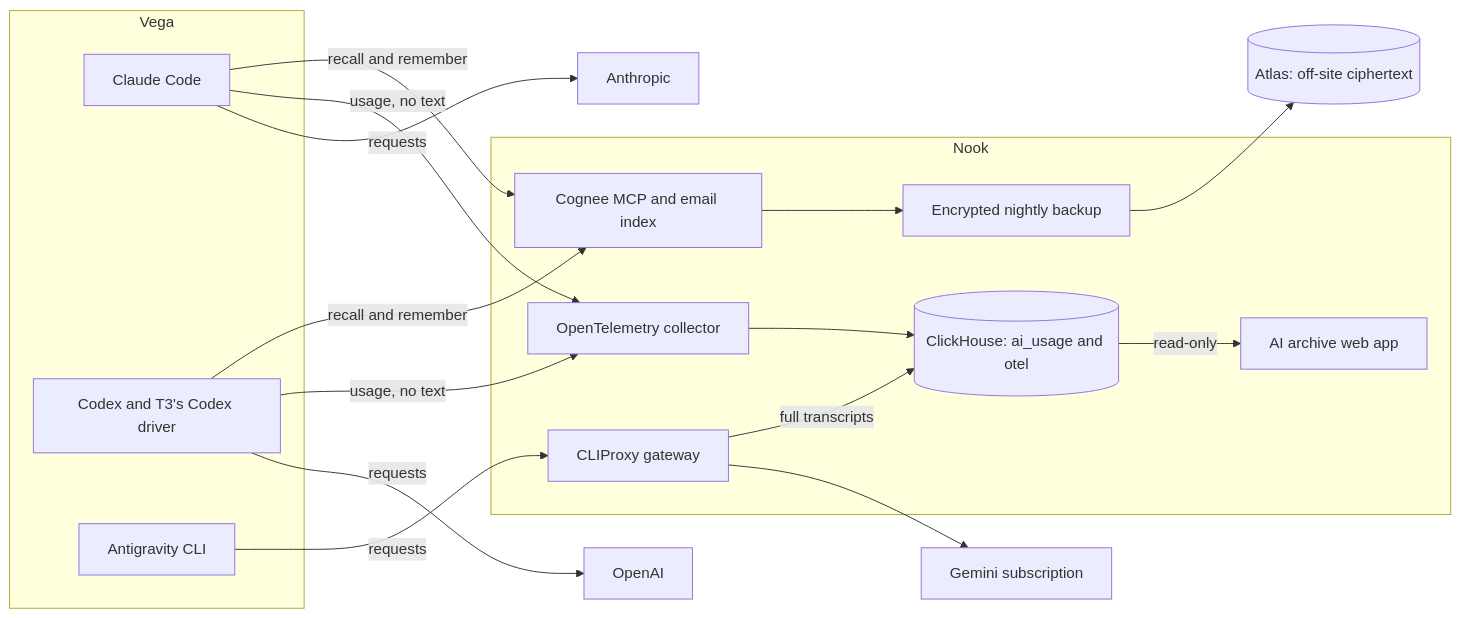
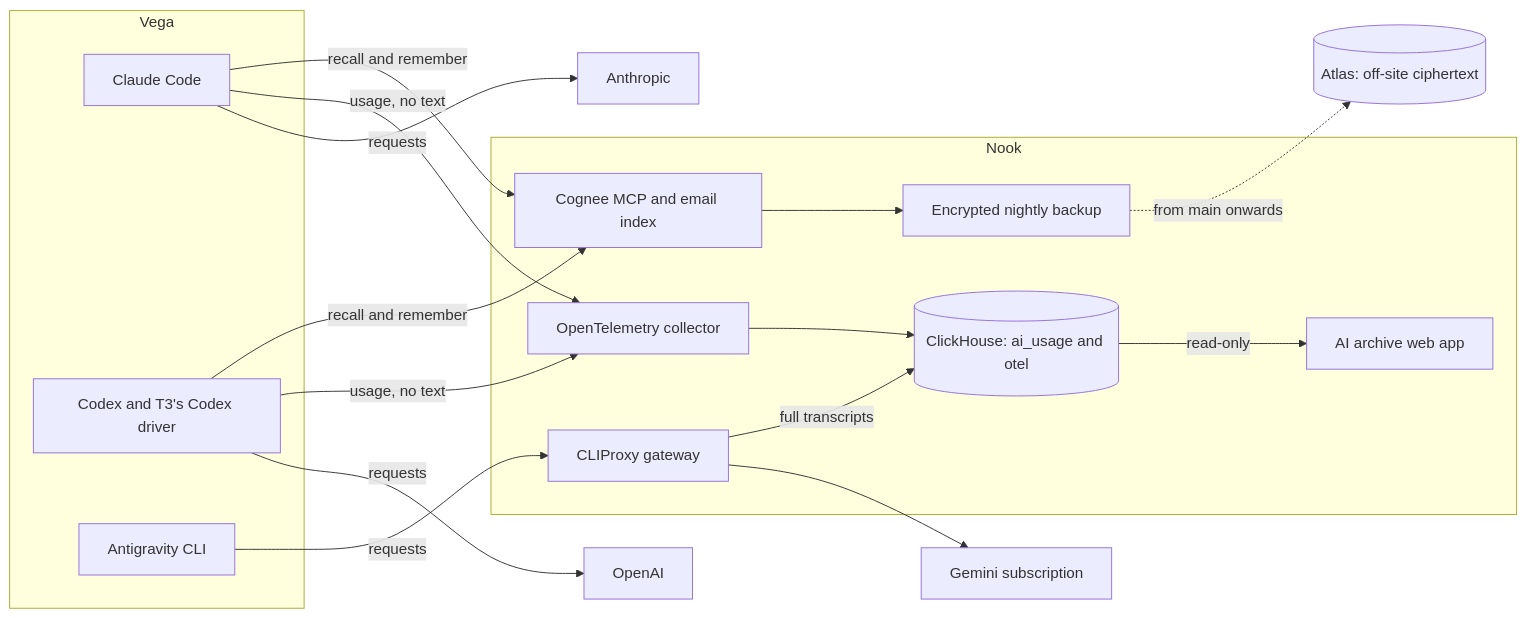
Before and after one commit to LisaScheers/Forge: the diagram in docs/agents.md, drawn with Mermaid. The commit also changed 1 other file, not shown here.

Commit message:
test(agents): Claude's pstack copies change only by the manual-only flag
The agent-policy check compares each installed Claude pstack skill with the
vendored copy: the frontmatter gains disable-model-invocation exactly when
Codex's policy is manual-only, and the body stays the same. The data-flow
diagram shows Atlas's Cognee copy as pending until the module reaches main.

````diff
--- a/docs/agents.md
+++ b/docs/agents.md
@@ -26,31 +26,31 @@
 ```mermaid
 flowchart LR
   subgraph Vega
     claude[Claude Code]
     codex[Codex and T3's Codex driver]
     agy[Antigravity CLI]
   end
   subgraph Nook
     gateway[CLIProxy gateway]
     otel[OpenTelemetry collector]
     ch[(ClickHouse: ai_usage and otel)]
     archive[AI archive web app]
     cognee[Cognee MCP and email index]
     backup[Encrypted nightly backup]
   end
   atlas[(Atlas: off-site ciphertext)]
   anthropic[Anthropic]
   openai[OpenAI]
   google[Gemini subscription]
 
   claude -- requests --> anthropic
   codex -- requests --> openai
   agy -- requests --> gateway --> google
   gateway -- full transcripts --> ch
   claude -- usage, no text --> otel
   codex -- usage, no text --> otel
   otel --> ch
   ch -- read-only --> archive
   claude & codex -- recall and remember --> cognee
-  cognee --> backup --> atlas
+  cognee --> backup -. "from main onwards" .-> atlas
 ```
````
